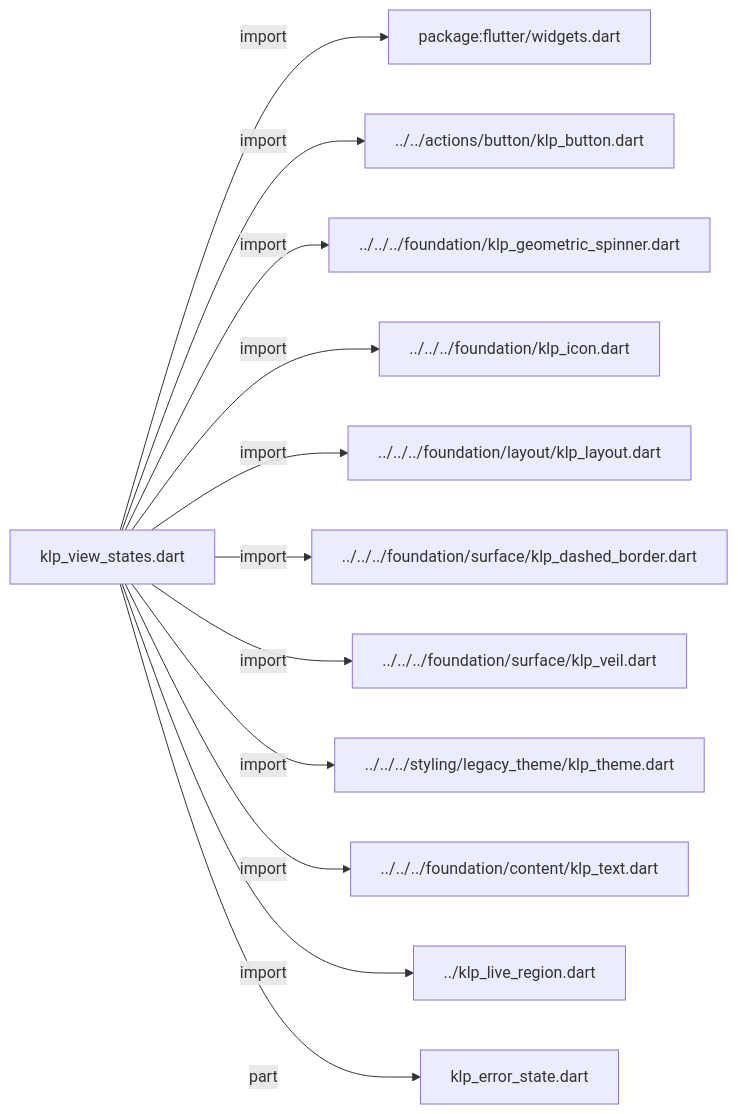
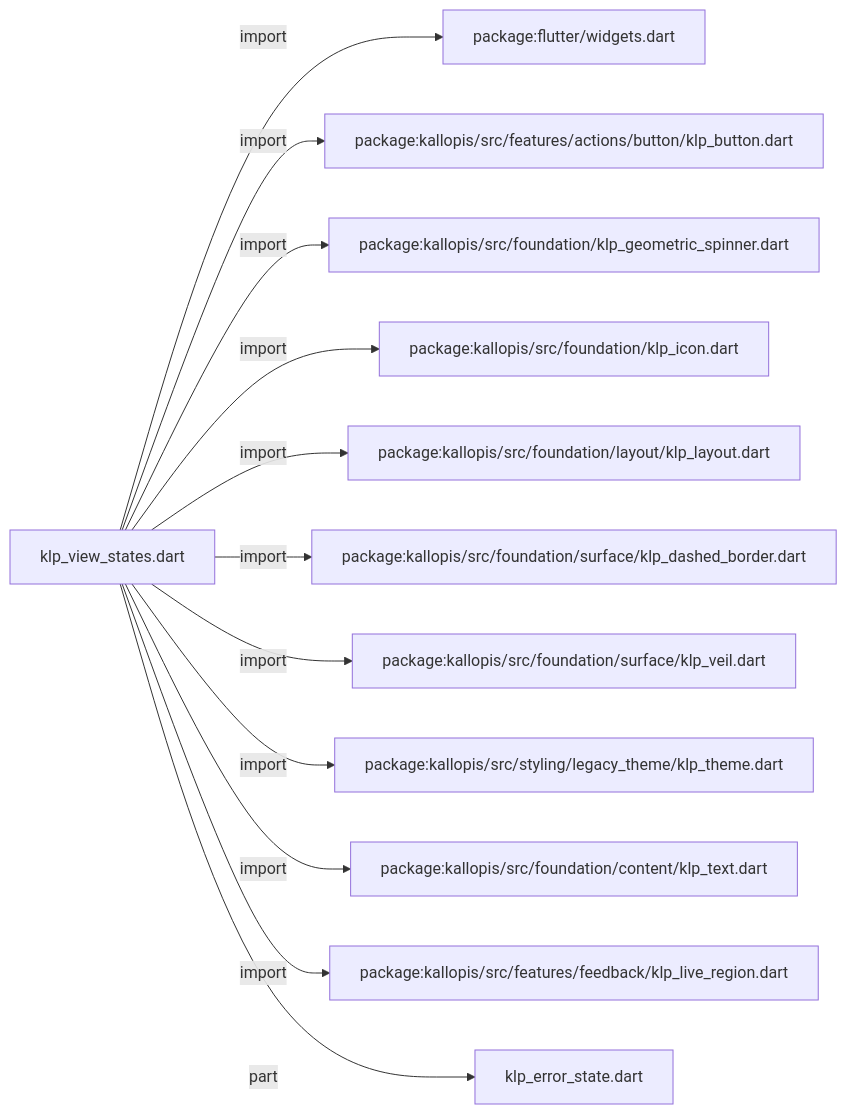
Before and after one commit to MiuDog/Kallopis: the first of 2 diagrams in docs/architecture/src/features/feedback/view_states/klp_view_states.md, drawn with Mermaid. The commit also changed other lines of this file and 9688 other files, not shown here.

Commit message:
Prepare isolated Flow F2 peer baseline

````diff
--- a/docs/architecture/src/features/feedback/view_states/klp_view_states.md
+++ b/docs/architecture/src/features/feedback/view_states/klp_view_states.md
@@ -11,26 +11,26 @@
 ```mermaid
 flowchart LR
 	n0["klp_view_states.dart"]
 	n1["package:flutter/widgets.dart"]
-	n2["../../actions/button/klp_button.dart"]
-	n3["../../../foundation/klp_geometric_spinner.dart"]
-	n4["../../../foundation/klp_icon.dart"]
-	n5["../../../foundation/layout/klp_layout.dart"]
-	n6["../../../foundation/surface/klp_dashed_border.dart"]
-	n7["../../../foundation/surface/klp_veil.dart"]
-	n8["../../../styling/legacy_theme/klp_theme.dart"]
-	n9["../../../foundation/content/klp_text.dart"]
-	n10["../klp_live_region.dart"]
+	n2["package:kallopis/src/features/actions/button/klp_button.dart"]
+	n3["package:kallopis/src/foundation/klp_geometric_spinner.dart"]
+	n4["package:kallopis/src/foundation/klp_icon.dart"]
+	n5["package:kallopis/src/foundation/layout/klp_layout.dart"]
+	n6["package:kallopis/src/foundation/surface/klp_dashed_border.dart"]
+	n7["package:kallopis/src/foundation/surface/klp_veil.dart"]
+	n8["package:kallopis/src/styling/legacy_theme/klp_theme.dart"]
+	n9["package:kallopis/src/foundation/content/klp_text.dart"]
+	n10["package:kallopis/src/features/feedback/klp_live_region.dart"]
 	n11["klp_error_state.dart"]
 	n0 -->|"import"| n1
 	n0 -->|"import"| n2
 	n0 -->|"import"| n3
 	n0 -->|"import"| n4
 	n0 -->|"import"| n5
 	n0 -->|"import"| n6
 	n0 -->|"import"| n7
 	n0 -->|"import"| n8
 	n0 -->|"import"| n9
 	n0 -->|"import"| n10
 	n0 -->|"part"| n11
 ```
````
